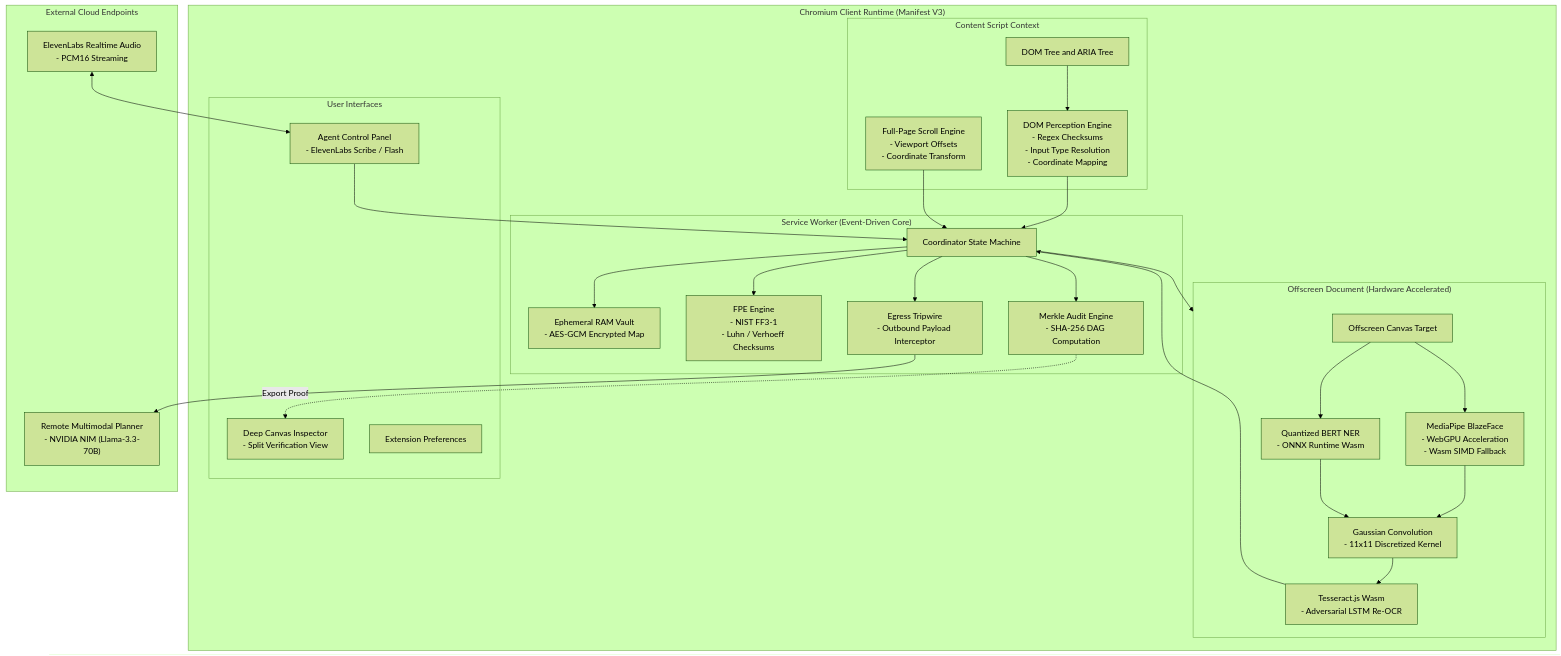
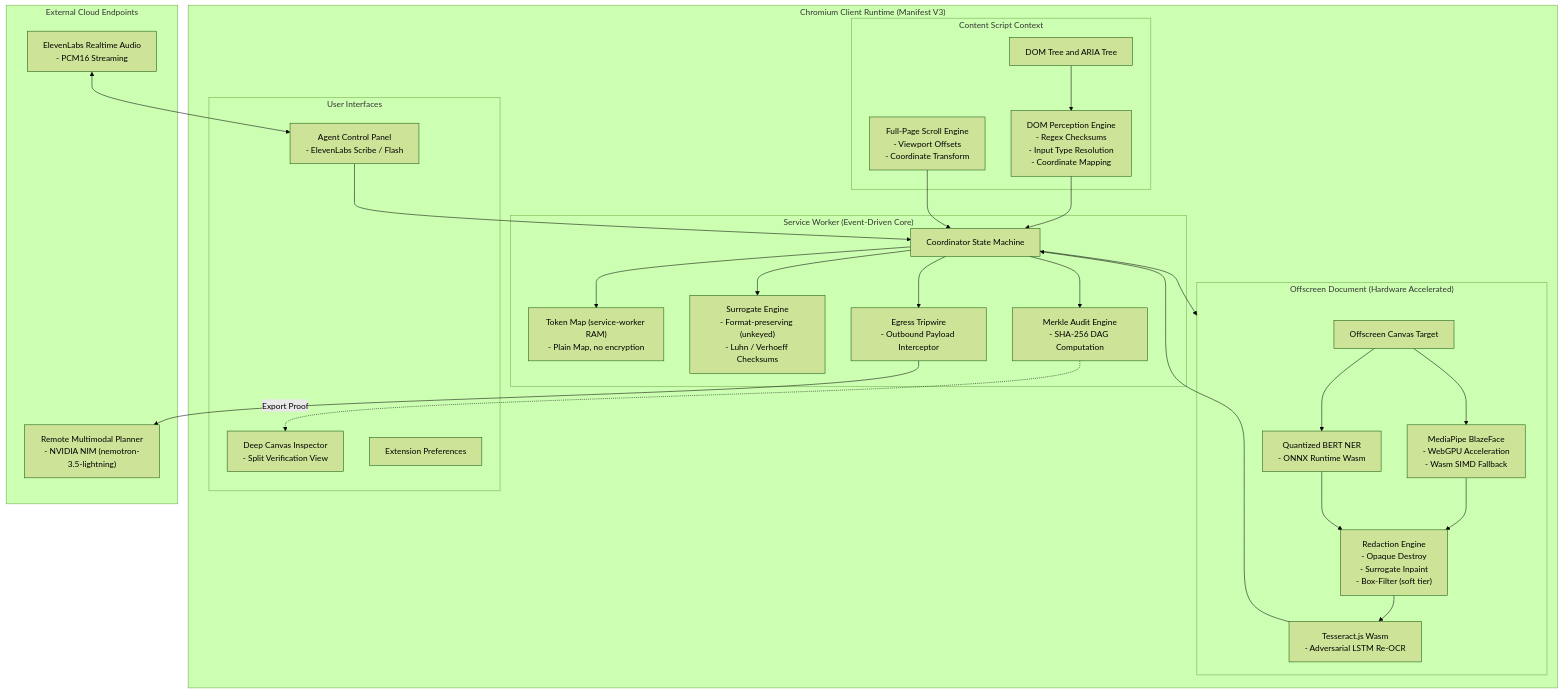
One commit to shashank-tomar0/pry changed the first of 4 diagrams in README.md. Above: the diagram before and after it, drawn with Mermaid (forest theme). The commit also changed other lines of this file and 13 other files, not shown here.

````diff
--- a/README.md
+++ b/README.md
@@ -96,56 +96,56 @@
 ```mermaid
 flowchart TD
     subgraph ClientBrowser["Chromium Client Runtime (Manifest V3)"]
         subgraph IsolatedWorld["Content Script Context"]
             DOM["DOM Tree and ARIA Tree"]
             DOMScanner["DOM Perception Engine\n- Regex Checksums\n- Input Type Resolution\n- Coordinate Mapping"]
             Stitcher["Full-Page Scroll Engine\n- Viewport Offsets\n- Coordinate Transform"]
         end
 
         subgraph BackgroundSW["Service Worker (Event-Driven Core)"]
             Controller["Coordinator State Machine"]
-            Vault["Ephemeral RAM Vault\n- AES-GCM Encrypted Map"]
-            FPE["FPE Engine\n- NIST FF3-1\n- Luhn / Verhoeff Checksums"]
+            Vault["Token Map (service-worker RAM)\n- Plain Map, no encryption"]
+            FPE["Surrogate Engine\n- Format-preserving (unkeyed)\n- Luhn / Verhoeff Checksums"]
             Merkle["Merkle Audit Engine\n- SHA-256 DAG Computation"]
             Tripwire["Egress Tripwire\n- Outbound Payload Interceptor"]
         end
 
         subgraph OffscreenEnv["Offscreen Document (Hardware Accelerated)"]
             Canvas["Offscreen Canvas Target"]
             BlazeFace["MediaPipe BlazeFace\n- WebGPU Acceleration\n- Wasm SIMD Fallback"]
             BERT["Quantized BERT NER\n- ONNX Runtime Wasm"]
-            Convolution["Gaussian Convolution\n- 11x11 Discretized Kernel"]
+            Convolution["Redaction Engine\n- Opaque Destroy\n- Surrogate Inpaint\n- Box-Filter (soft tier)"]
             AdversarialOCR["Tesseract.js Wasm\n- Adversarial LSTM Re-OCR"]
         end
 
         subgraph UserInterfaces["User Interfaces"]
             Sidepanel["Agent Control Panel\n- ElevenLabs Scribe / Flash"]
             Inspector["Deep Canvas Inspector\n- Split Verification View"]
             Options["Extension Preferences"]
         end
     end
 
     subgraph ExternalCloud["External Cloud Endpoints"]
-        InferenceAPI["Remote Multimodal Planner\n- NVIDIA NIM (Llama-3.3-70B)"]
+        InferenceAPI["Remote Multimodal Planner\n- NVIDIA NIM (nemotron-3.5-lightning)"]
         VoiceAPI["ElevenLabs Realtime Audio\n- PCM16 Streaming"]
     end
 
     DOM --> DOMScanner
     DOMScanner --> Controller
     Stitcher --> Controller
     Controller --> OffscreenEnv
     Canvas --> BlazeFace
     Canvas --> BERT
     BlazeFace --> Convolution
     BERT --> Convolution
     Convolution --> AdversarialOCR
     AdversarialOCR --> Controller
     Controller --> Vault
     Controller --> FPE
     Controller --> Merkle
     Controller --> Tripwire
     Tripwire --> InferenceAPI
     Sidepanel --> Controller
     VoiceAPI <--> Sidepanel
     Merkle -. Export Proof .-> Inspector
 ```
````
